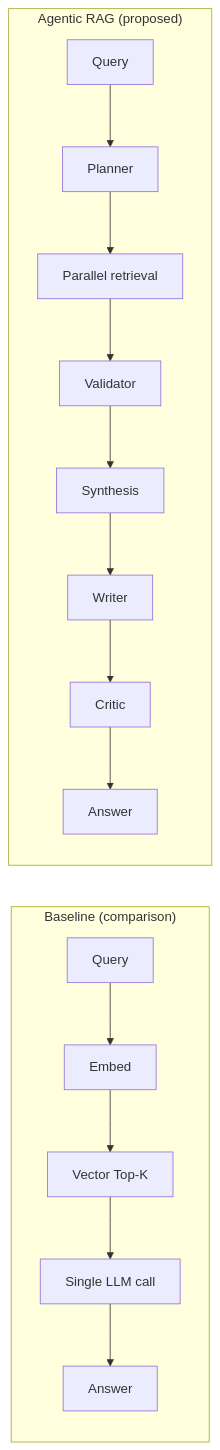
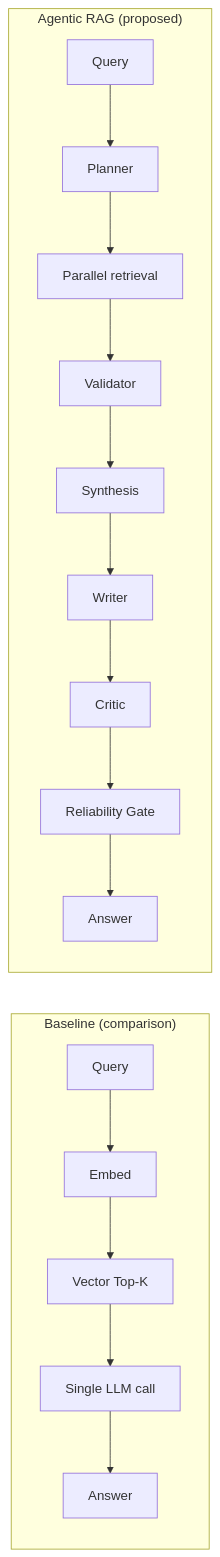
The second of 2 diagrams in docs/THESIS_ARCHITECTURE.md (SAYURIqvq/newnewnew-rag), drawn with Mermaid before and after one commit. The commit also changed other lines of this file and 10 other files, not shown here.

````diff
--- a/docs/THESIS_ARCHITECTURE.md
+++ b/docs/THESIS_ARCHITECTURE.md
@@ -58,19 +60,20 @@
 ```mermaid
 flowchart LR
   subgraph B["Baseline (comparison)"]
     Q1[Query] --> E1[Embed]
     E1 --> R1[Vector Top-K]
     R1 --> G1[Single LLM call]
     G1 --> A1[Answer]
   end
 
   subgraph A["Agentic RAG (proposed)"]
     Q2[Query] --> P2[Planner]
     P2 --> R2[Parallel retrieval]
     R2 --> V2[Validator]
     V2 --> S2[Synthesis]
     S2 --> W2[Writer]
     W2 --> C2[Critic]
-    C2 --> A2[Answer]
+    C2 --> G2[Reliability Gate]
+    G2 --> A2[Answer]
   end
 ```
````
